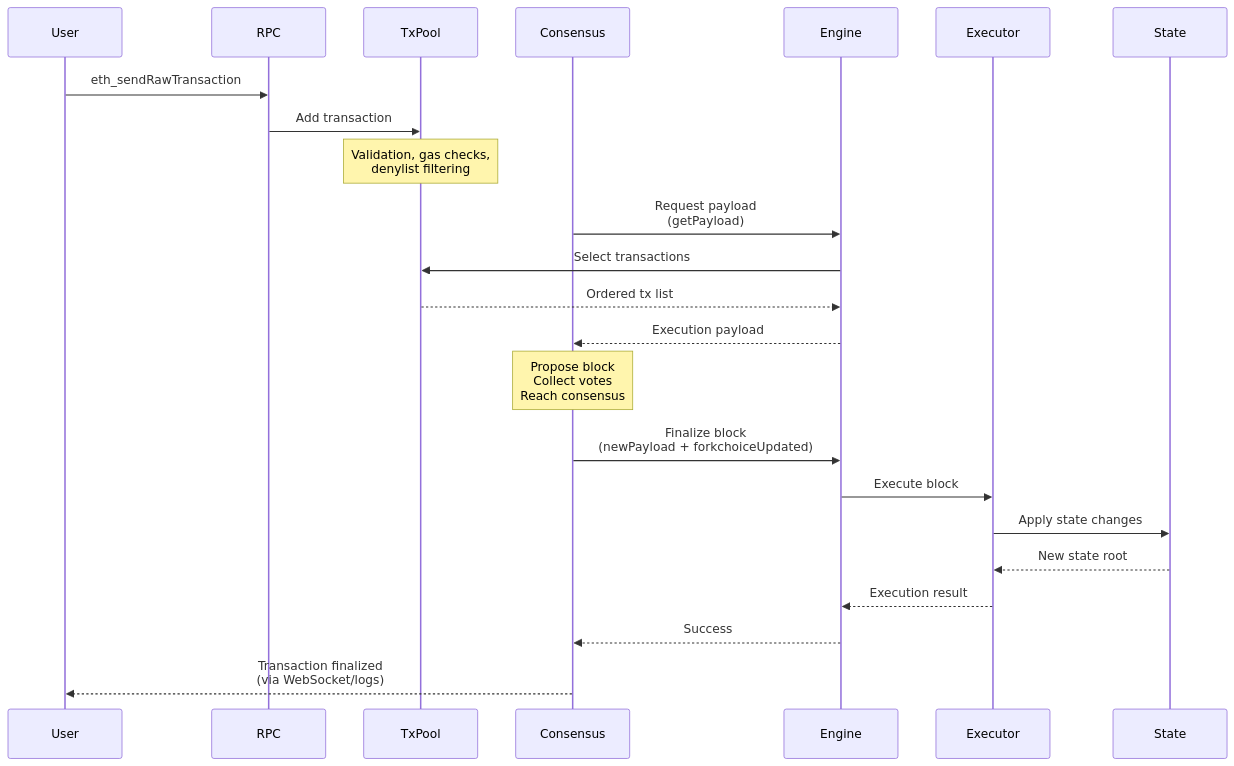
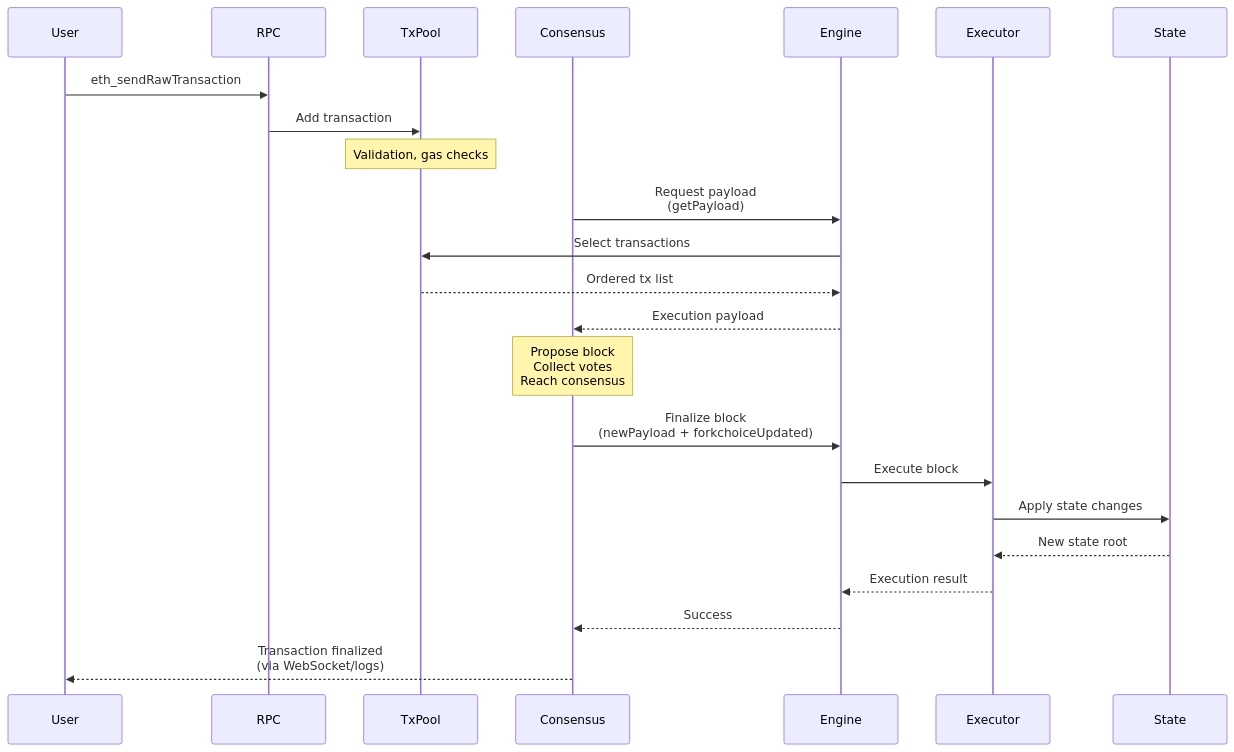
One commit to circlefin/arc-node changed the third of 6 diagrams in docs/ARCHITECTURE.md. Above: the diagram before and after it, drawn with Mermaid. The commit also changed other lines of this file and 30 other files, not shown here.

````diff
--- a/docs/ARCHITECTURE.md
+++ b/docs/ARCHITECTURE.md
@@ -82,30 +85,30 @@
 ```mermaid
 sequenceDiagram
     participant User
     participant RPC
     participant TxPool
     participant Consensus
     participant Engine
     participant Executor
     participant State
 
     User->>RPC: eth_sendRawTransaction
     RPC->>TxPool: Add transaction
-    Note over TxPool: Validation, gas checks,<br/>denylist filtering
+    Note over TxPool: Validation, gas checks
 
     Consensus->>Engine: Request payload<br/>(getPayload)
     Engine->>TxPool: Select transactions
     TxPool-->>Engine: Ordered tx list
     Engine-->>Consensus: Execution payload
 
     Note over Consensus: Propose block<br/>Collect votes<br/>Reach consensus
 
     Consensus->>Engine: Finalize block<br/>(newPayload + forkchoiceUpdated)
     Engine->>Executor: Execute block
     Executor->>State: Apply state changes
     State-->>Executor: New state root
     Executor-->>Engine: Execution result
     Engine-->>Consensus: Success
 
     Consensus-->>User: Transaction finalized<br/>(via WebSocket/logs)
 ```
````
